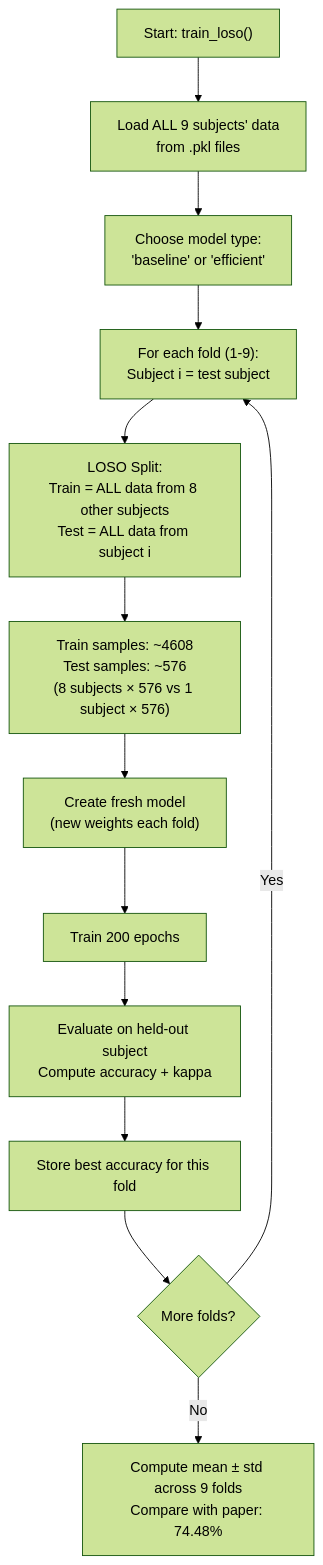
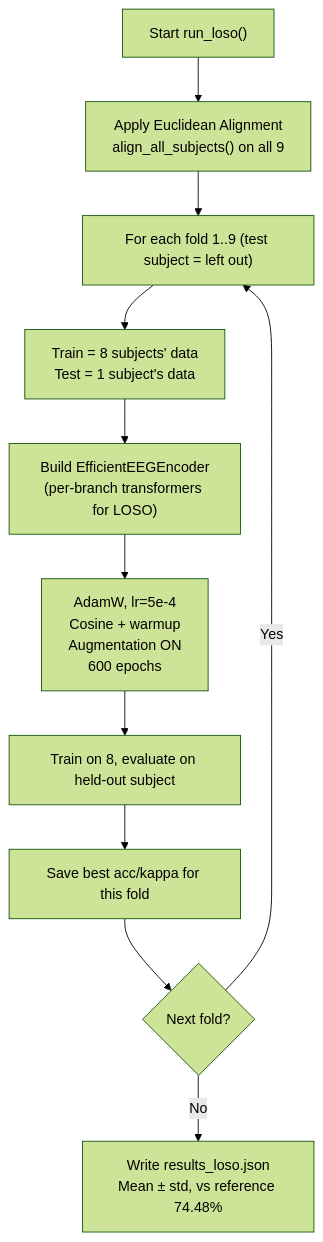
Before and after one commit to razuahmedjoy/efficient-transformer-BCI: the third of 4 diagrams in process_documentation.md, drawn with Mermaid (forest theme). The commit also changed other lines of this file and 11 other files, not shown here.

First line of the commit message:
Add EfficientEEGEncoder v2 implementation and update documentation

````diff
--- a/process_documentation.md
+++ b/process_documentation.md
@@ -216,15 +243,13 @@
 ```mermaid
 flowchart TD
-    START["Start: train_loso()"] --> LOAD["Load ALL 9 subjects' data\nfrom .pkl files"]
-    LOAD --> CHOOSE["Choose model type:\n'baseline' or 'efficient'"]
-    CHOOSE --> FOLD["For each fold (1-9):\nSubject i = test subject"]
-    FOLD --> SPLIT["LOSO Split:\nTrain = ALL data from 8 other subjects\nTest = ALL data from subject i"]
-    SPLIT --> COUNT["Train samples: ~4608\nTest samples: ~576\n(8 subjects × 576 vs 1 subject × 576)"]
-    COUNT --> MODEL["Create fresh model\n(new weights each fold)"]
-    MODEL --> TRAIN["Train 200 epochs"]
-    TRAIN --> EVAL["Evaluate on held-out subject\nCompute accuracy + kappa"]
-    EVAL --> STORE["Store best accuracy for this fold"]
-    STORE --> NEXT{"More folds?"}
+    START["Start run_loso()"] --> EA["Apply Euclidean Alignment\nalign_all_subjects() on all 9"]
+    EA --> FOLD["For each fold 1..9 (test subject = left out)"]
+    FOLD --> SPLIT["Train = 8 subjects' data\nTest = 1 subject's data"]
+    SPLIT --> BUILD["Build EfficientEEGEncoder\n(per-branch transformers for LOSO)"]
+    BUILD --> OPT["AdamW, lr=5e-4\nCosine + warmup\nAugmentation ON\n600 epochs"]
+    OPT --> EPOCH["Train on 8, evaluate on held-out subject"]
+    EPOCH --> BEST["Save best acc/kappa for this fold"]
+    BEST --> NEXT{"Next fold?"}
     NEXT -->|Yes| FOLD
-    NEXT -->|No| SUMMARY["Compute mean ± std across 9 folds\nCompare with paper: 74.48%"]
+    NEXT -->|No| SAVE["Write results_loso.json\nMean ± std, vs reference 74.48%"]
 ```
````
